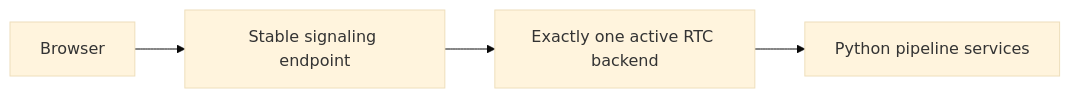
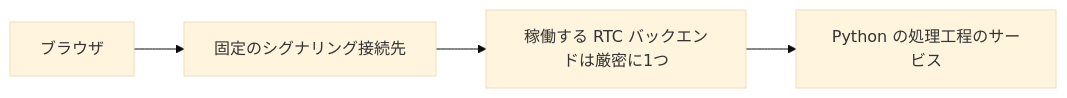
The first of 2 diagrams in documents/migration/pion/rollout-and-operations.md (Sincromisor/Sincromisor), drawn with Mermaid (base theme) before and after one commit. The commit also changed other lines of this file and 94 other files, not shown here.

````diff
--- a/documents/migration/pion/rollout-and-operations.md
+++ b/documents/migration/pion/rollout-and-operations.md
@@ -11,6 +11,6 @@
 ```mermaid
 flowchart LR
-    Browser["Browser"] --> Endpoint["Stable signaling endpoint"]
-    Endpoint --> Active["Exactly one active RTC backend"]
-    Active --> Pipeline["Python pipeline services"]
+    Browser["ブラウザ"] --> Endpoint["固定のシグナリング接続先"]
+    Endpoint --> Active["稼働する RTC バックエンドは厳密に1つ"]
+    Active --> Pipeline["Python の処理工程のサービス"]
 ```
````
